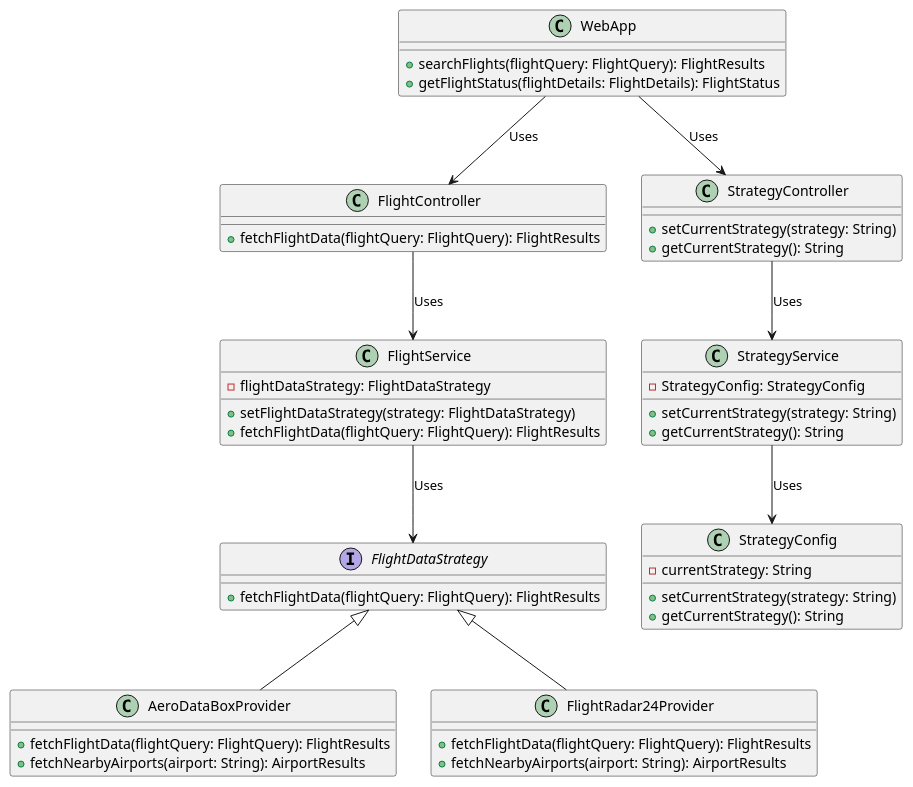
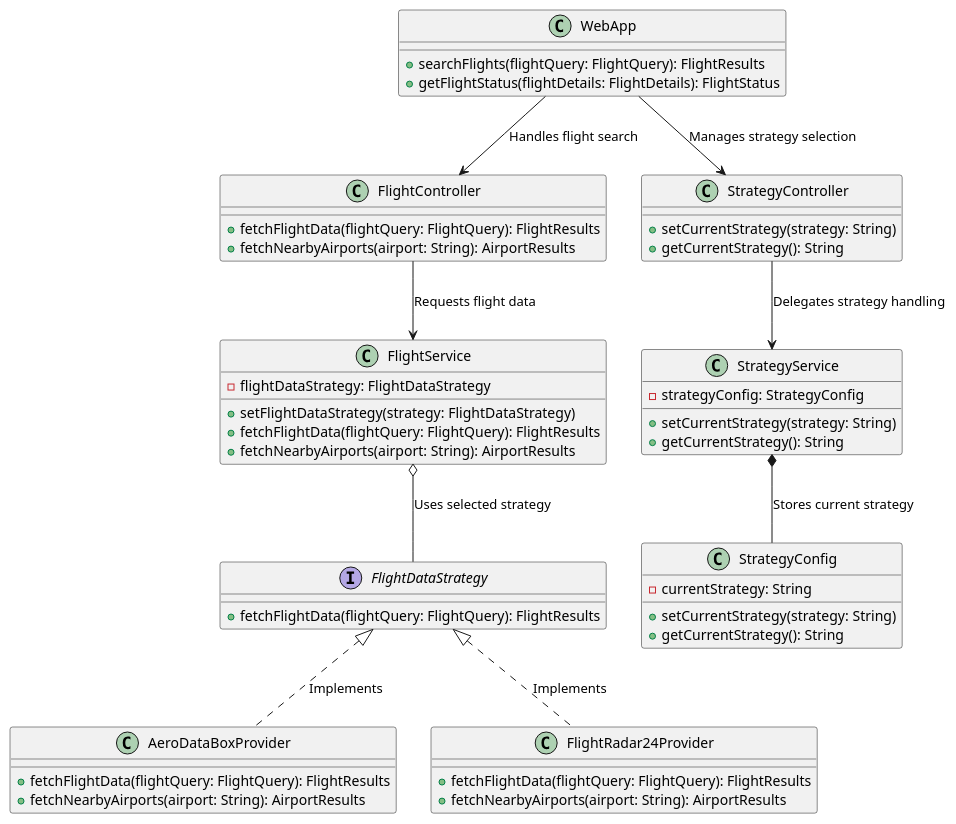
One commit to AIM-ENE-feb25/triptop-groep-b2 changed the diagram in classDiagramQuestion.puml. Above: the diagram before and after it, drawn with PlantUML.

Commit message:
updated class diagram

```diff
--- a/classDiagramQuestion.puml
+++ b/classDiagramQuestion.puml
@@ -1,61 +1,63 @@
 @startuml
 'https://plantuml.com/class-diagram
 
 class WebApp {
     +searchFlights(flightQuery: FlightQuery): FlightResults
     +getFlightStatus(flightDetails: FlightDetails): FlightStatus
 }
 
 class FlightController {
     +fetchFlightData(flightQuery: FlightQuery): FlightResults
+    +fetchNearbyAirports(airport: String): AirportResults
 }
 
 class StrategyController {
     +setCurrentStrategy(strategy: String)
     +getCurrentStrategy(): String
 }
 
 class FlightService {
     -flightDataStrategy: FlightDataStrategy
     +setFlightDataStrategy(strategy: FlightDataStrategy)
     +fetchFlightData(flightQuery: FlightQuery): FlightResults
+    +fetchNearbyAirports(airport: String): AirportResults
 }
 
 class StrategyService {
-    -StrategyConfig: StrategyConfig
+    -strategyConfig: StrategyConfig
     +setCurrentStrategy(strategy: String)
     +getCurrentStrategy(): String
 }
 
 interface FlightDataStrategy {
     +fetchFlightData(flightQuery: FlightQuery): FlightResults
 }
 
 class AeroDataBoxProvider {
     +fetchFlightData(flightQuery: FlightQuery): FlightResults
     +fetchNearbyAirports(airport: String): AirportResults
 }
 
 class FlightRadar24Provider {
     +fetchFlightData(flightQuery: FlightQuery): FlightResults
     +fetchNearbyAirports(airport: String): AirportResults
 }
 
 class StrategyConfig {
     -currentStrategy: String
     +setCurrentStrategy(strategy: String)
     +getCurrentStrategy(): String
 }
 
 ' Relationships
-WebApp --> FlightController : "Uses"
-WebApp --> StrategyController : "Uses"
-FlightController --> FlightService : "Uses"
-StrategyController --> StrategyService : "Uses"
-FlightService --> FlightDataStrategy : "Uses"
-StrategyService --> StrategyConfig : "Uses"
+WebApp --> FlightController : "Handles flight search"
+WebApp --> StrategyController : "Manages strategy selection"
+FlightController --> FlightService : "Requests flight data"
+StrategyController --> StrategyService : "Delegates strategy handling"
+FlightService o-- FlightDataStrategy : "Uses selected strategy"
+StrategyService *-- StrategyConfig : "Stores current strategy"
 
-FlightDataStrategy <|-- AeroDataBoxProvider
-FlightDataStrategy <|-- FlightRadar24Provider
+FlightDataStrategy <|.. AeroDataBoxProvider : "Implements"
+FlightDataStrategy <|.. FlightRadar24Provider : "Implements"
 
 @enduml
```
